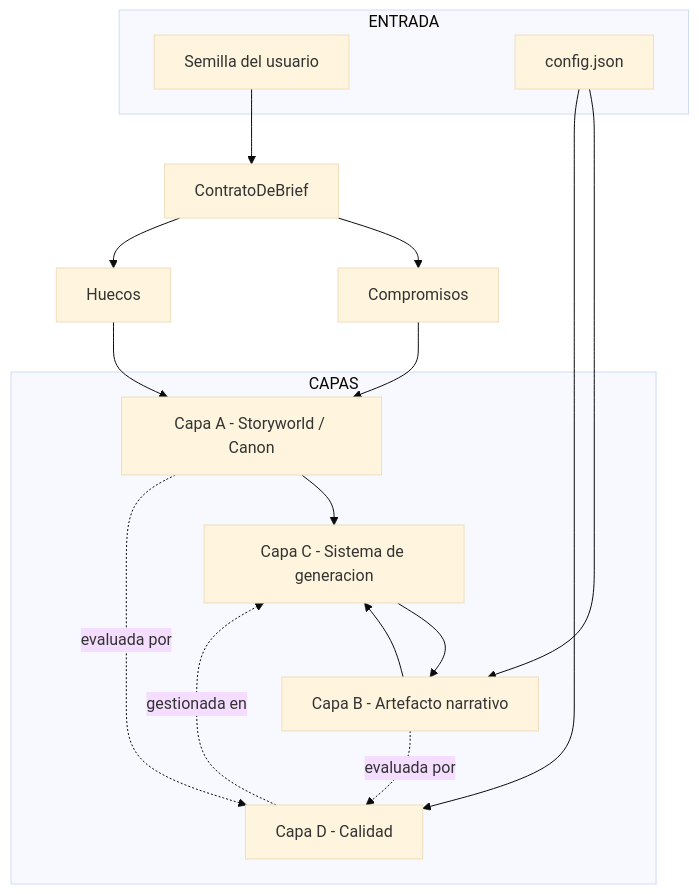
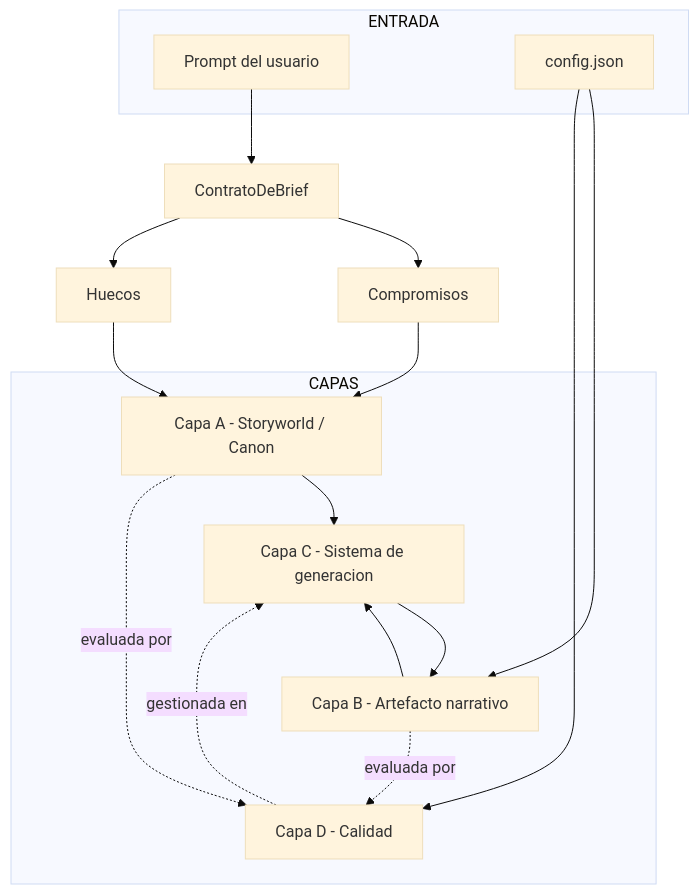
The first of 9 diagrams in docs/architecture.md (JNico-rb/story-maker), drawn with Mermaid (base theme) before and after one commit. The commit also changed other lines of this file and 7 other files, not shown here.

````diff
--- a/docs/architecture.md
+++ b/docs/architecture.md
@@ -21,30 +21,30 @@
 ```mermaid
 graph TD
     subgraph ENTRADA
-        SEM[Semilla del usuario]
+        SEM[Prompt del usuario]
         CFG[config.json]
     end
 
     SEM --> CB[ContratoDeBrief]
     CB --> COMP[Compromisos]
     CB --> HUE[Huecos]
 
     COMP --> A
     HUE --> A
     CFG --> B
     CFG --> D
 
     subgraph CAPAS
         A[Capa A - Storyworld / Canon]
         B[Capa B - Artefacto narrativo]
         C[Capa C - Sistema de generacion]
         D[Capa D - Calidad]
     end
 
     A --> C
     B --> C
     C --> B
     A -.evaluada por.-> D
     B -.evaluada por.-> D
     D -.gestionada en.-> C
 ```
````
